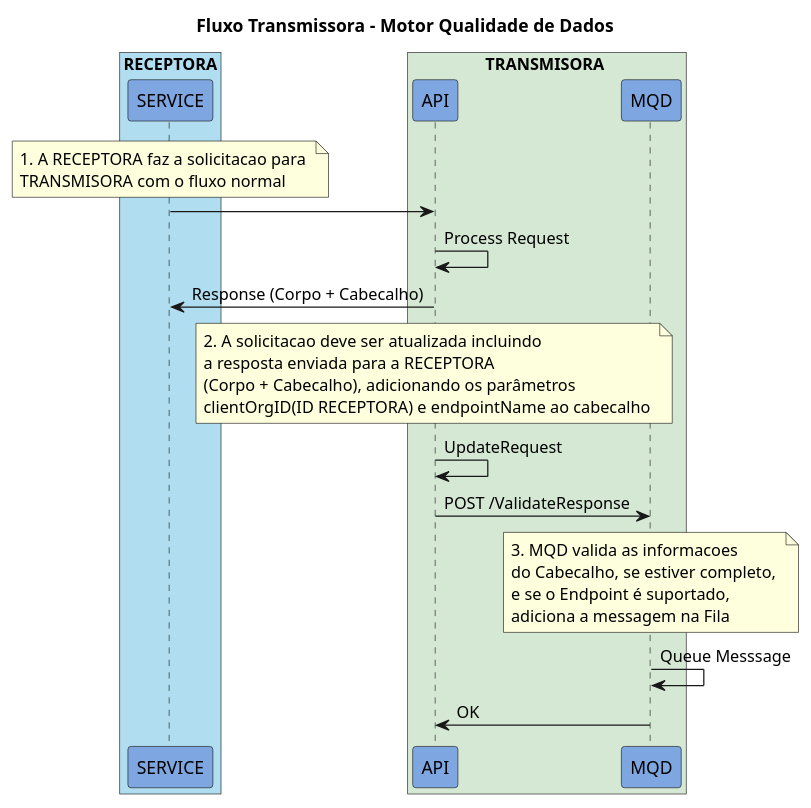
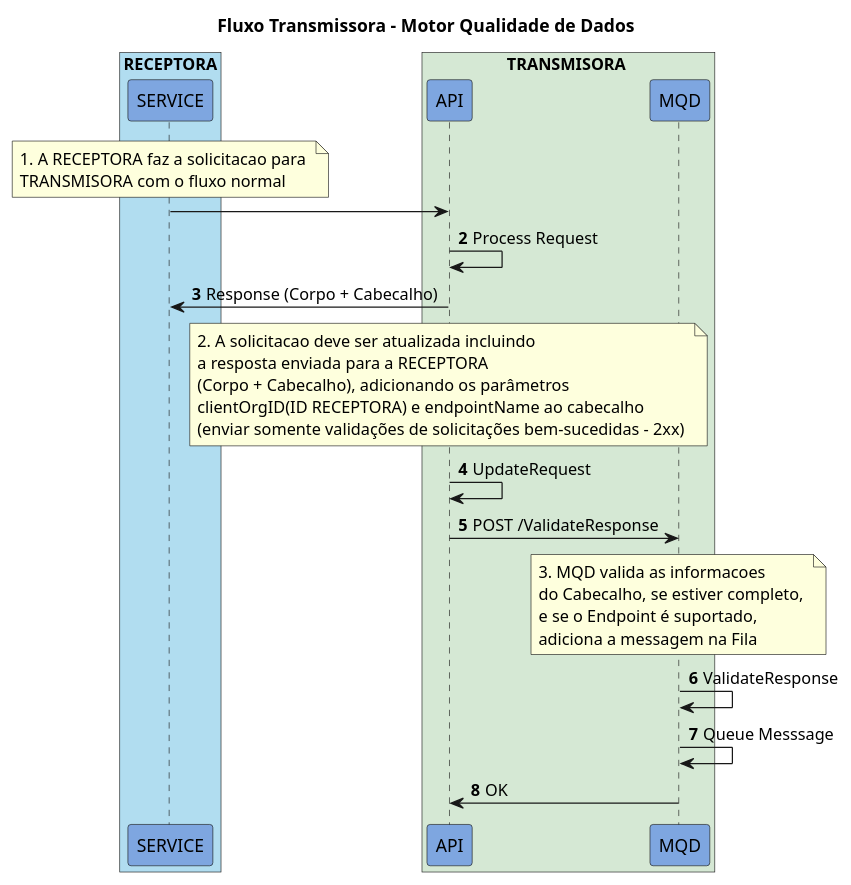
One commit to OpenBanking-Brasil/mqd-client changed the diagram in docs/Arquitetura/desenhos/transmissora_fluxo_API.puml. Above: the diagram before and after it, drawn with PlantUML. The commit also changed 3 other files, not shown here.

```diff
--- a/docs/Arquitetura/desenhos/transmissora_fluxo_API.puml
+++ b/docs/Arquitetura/desenhos/transmissora_fluxo_API.puml
@@ -1,39 +1,42 @@
 @startuml
 title Fluxo Transmissora - Motor Qualidade de Dados
 
 box "RECEPTORA" #B1DDF0
   participant SERVICE #7EA6E0
 end box
 
 box TRANSMISORA #D5E8D4
   participant API #7EA6E0
   participant MQD #7EA6E0
 end box
 
 note over SERVICE 
    1. A RECEPTORA faz a solicitacao para 
    TRANSMISORA com o fluxo normal
 end note
 
 SERVICE -> API
+autonumber 2
 API -> API: Process Request
 API -> SERVICE: Response (Corpo + Cabecalho)
   note over API 
      2. A solicitacao deve ser atualizada incluindo 
      a resposta enviada para a RECEPTORA
      (Corpo + Cabecalho), adicionando os parâmetros 
-     clientOrgID(ID RECEPTORA) e endpointName ao cabecalho 
+     clientOrgID(ID RECEPTORA) e endpointName ao cabecalho
+     (enviar somente validações de solicitações bem-sucedidas - 2xx) 
   end note
 API -> API : UpdateRequest
 
 API -> MQD: POST /ValidateResponse
 note over MQD
   3. MQD valida as informacoes 
   do Cabecalho, se estiver completo, 
   e se o Endpoint é suportado,
   adiciona a messagem na Fila
 end note
-MQD -> MQD: Queue Messsage
+MQD -> MQD : ValidateResponse
+MQD -> MQD : Queue Messsage
 MQD -> API : OK
 
 @enduml
```
